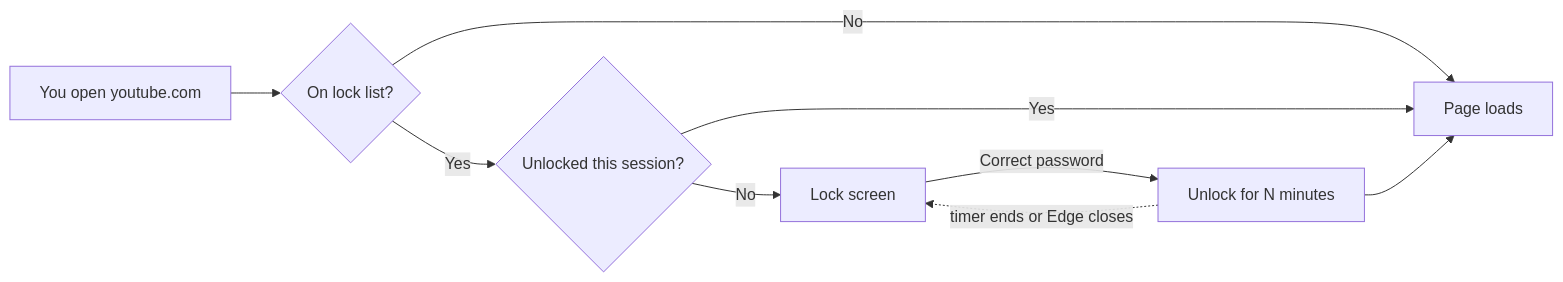
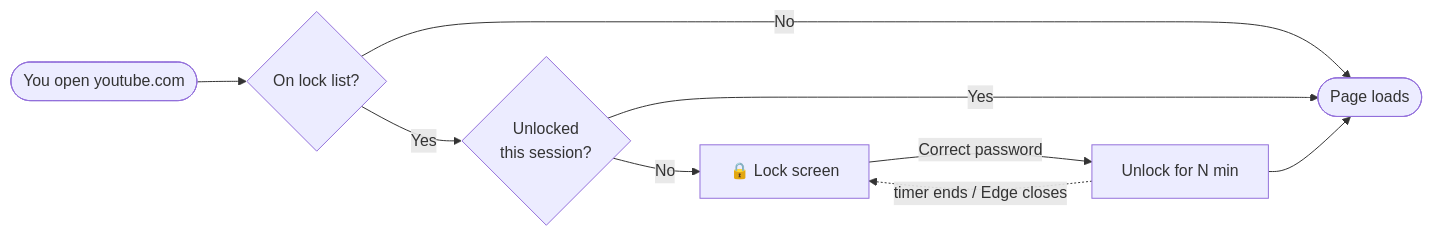
One commit to Sandeep2k5/site-lock changed the diagram in README.md. Above: the diagram before and after it, drawn with Mermaid. The commit also changed other lines of this file and 4 other files, not shown here.

````diff
--- a/README.md
+++ b/README.md
@@ -76,10 +113,10 @@
 ```mermaid
 flowchart LR
-    A[You open youtube.com] --> B{On lock list?}
-    B -- No --> P[Page loads]
-    B -- Yes --> C{Unlocked this session?}
+    A([You open youtube.com]) --> B{On lock list?}
+    B -- No --> P([Page loads])
+    B -- Yes --> C{Unlocked<br>this session?}
     C -- Yes --> P
-    C -- No --> L[Lock screen]
-    L -- Correct password --> U[Unlock for N minutes] --> P
-    U -. timer ends or Edge closes .-> L
+    C -- No --> L[🔒 Lock screen]
+    L -- Correct password --> U[Unlock for N min] --> P
+    U -. timer ends / Edge closes .-> L
 ```
````
